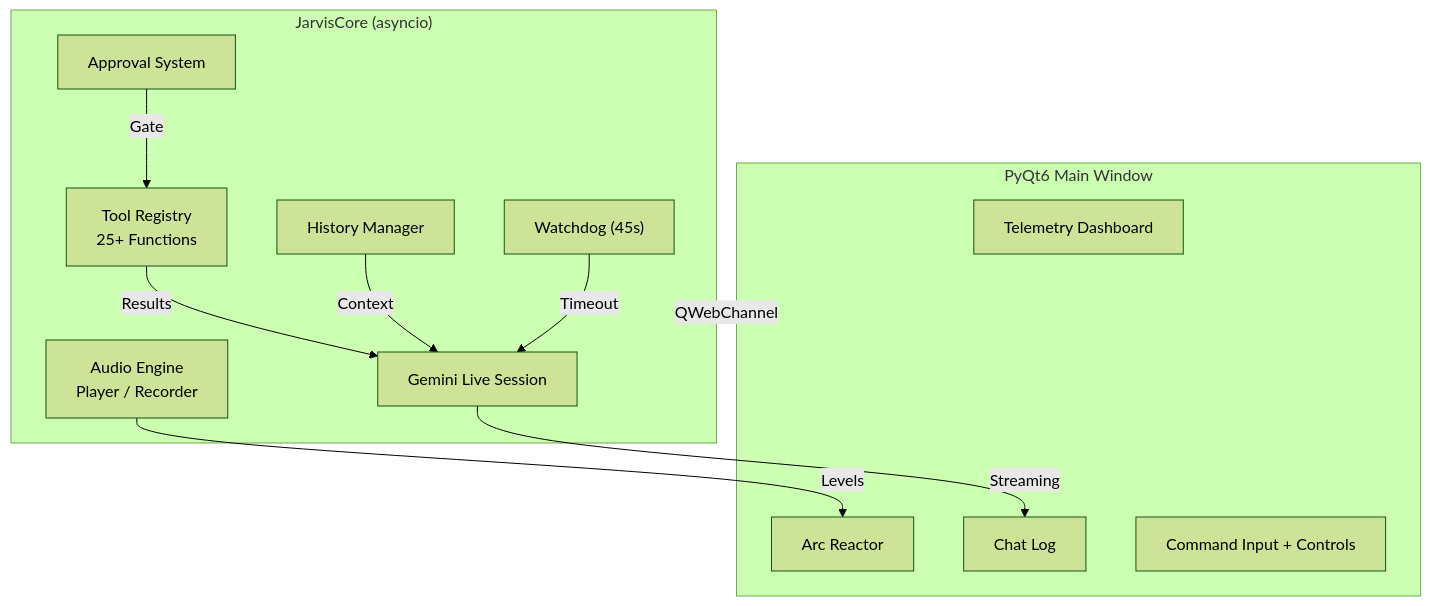
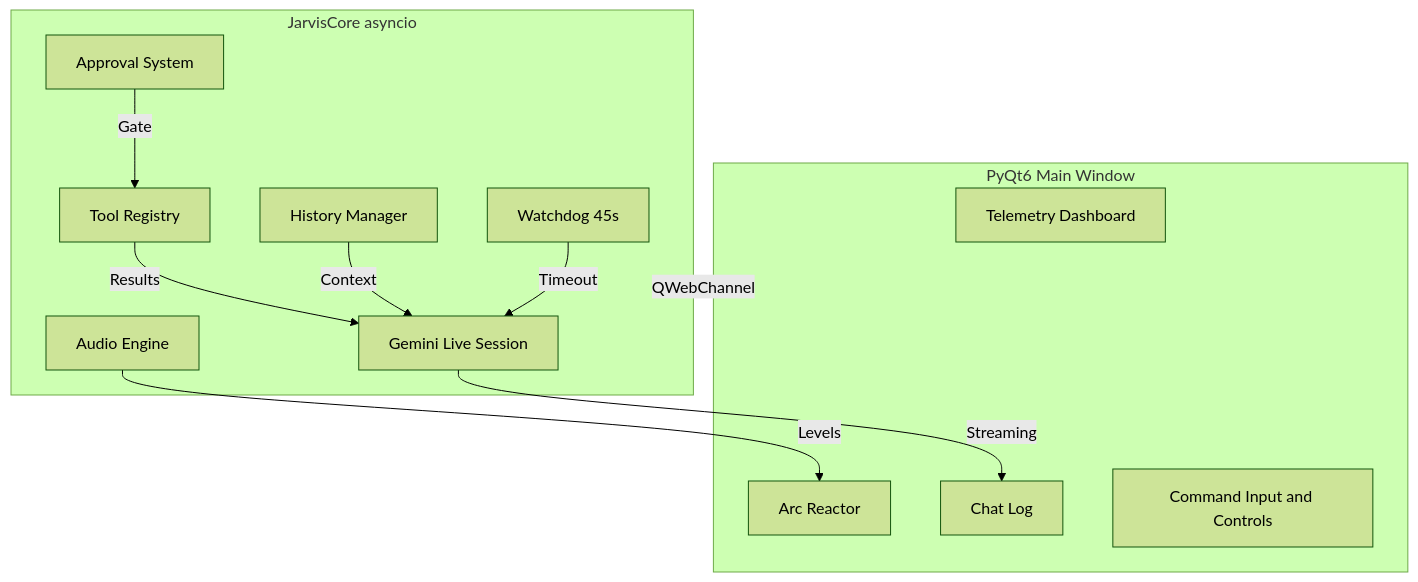
Before and after one commit to Flyypt/J.A.R.V.I.S.-2.0: the diagram in README.md, drawn with Mermaid (forest theme). The commit also changed other lines of this file, not shown here.

````diff
--- a/README.md
+++ b/README.md
@@ -311,26 +316,26 @@
 ```mermaid
 graph TB
     subgraph UI["PyQt6 Main Window"]
         TELEMETRY["Telemetry Dashboard"]
         REACTOR["Arc Reactor"]
         CHAT["Chat Log"]
-        INPUT["Command Input + Controls"]
+        INPUT["Command Input and Controls"]
     end
 
-    subgraph CORE["JarvisCore (asyncio)"]
+    subgraph CORE["JarvisCore asyncio"]
         GEMINI["Gemini Live Session"]
-        AUDIO["Audio Engine<br/>Player / Recorder"]
-        TOOLS["Tool Registry<br/>25+ Functions"]
+        AUDIO["Audio Engine"]
+        TOOLS["Tool Registry"]
         HISTORY["History Manager"]
-        WATCHDOG["Watchdog (45s)"]
+        WATCHDOG["Watchdog 45s"]
         APPROVAL["Approval System"]
     end
 
     UI <-->|QWebChannel| CORE
     GEMINI -->|Streaming| CHAT
     AUDIO -->|Levels| REACTOR
     TOOLS -->|Results| GEMINI
     HISTORY -->|Context| GEMINI
     WATCHDOG -->|Timeout| GEMINI
     APPROVAL -->|Gate| TOOLS
 ```
````
